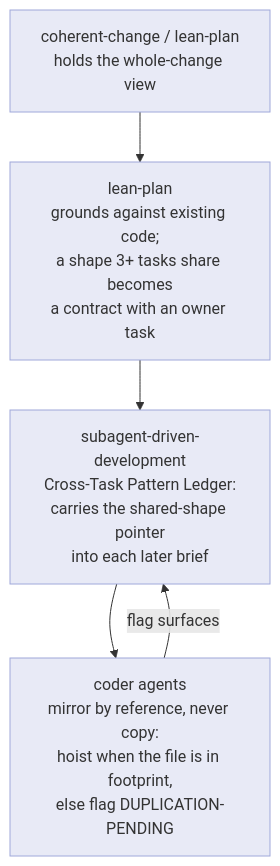
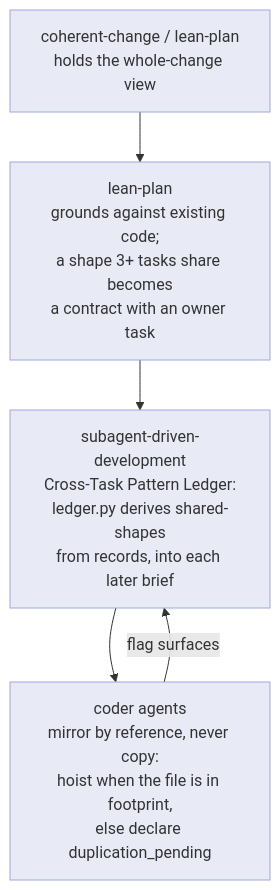
Before and after one commit to chris-santiago/claude-plugins: the diagram in chris-code/docs/explanation/coherent-change.md, drawn with Mermaid. The commit also changed other lines of this file and 8 other files, not shown here.

````diff
--- a/chris-code/docs/explanation/coherent-change.md
+++ b/chris-code/docs/explanation/coherent-change.md
@@ -34,13 +34,13 @@
 ```mermaid
 flowchart TB
     cc["coherent-change / lean-plan<br/>holds the whole-change view"]
     plan["lean-plan<br/>grounds against existing code;<br/>a shape 3+ tasks share becomes<br/>a contract with an owner task"]
-    ledger["subagent-driven-development<br/>Cross-Task Pattern Ledger:<br/>carries the shared-shape pointer<br/>into each later brief"]
-    coder["coder agents<br/>mirror by reference, never copy:<br/>hoist when the file is in footprint,<br/>else flag DUPLICATION-PENDING"]
+    ledger["subagent-driven-development<br/>Cross-Task Pattern Ledger:<br/>ledger.py derives shared-shapes<br/>from records, into each later brief"]
+    coder["coder agents<br/>mirror by reference, never copy:<br/>hoist when the file is in footprint,<br/>else declare duplication_pending"]
 
     cc --> plan --> ledger --> coder
     coder -->|flag surfaces| ledger
 
     classDef k fill:#e8eaf6,stroke:#9fa8da
     class cc,plan,ledger,coder k
 ```
````
